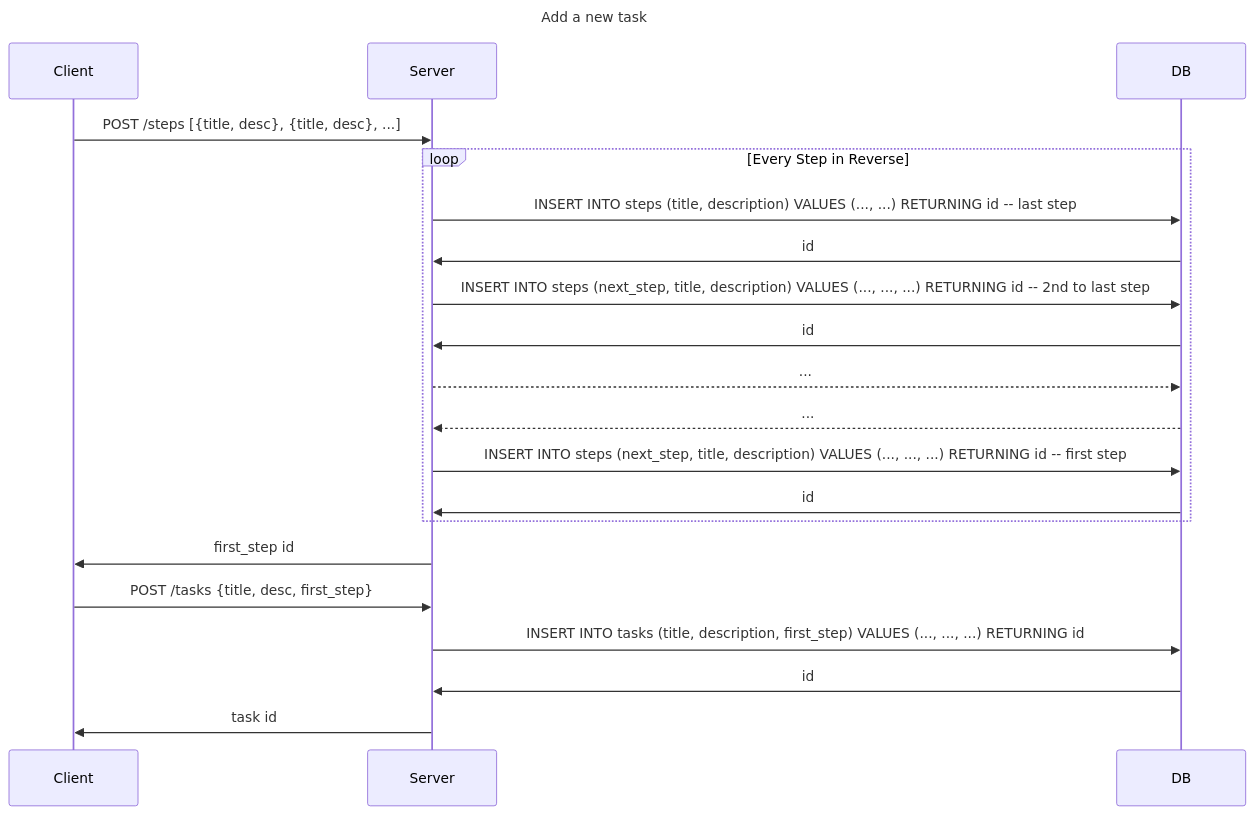
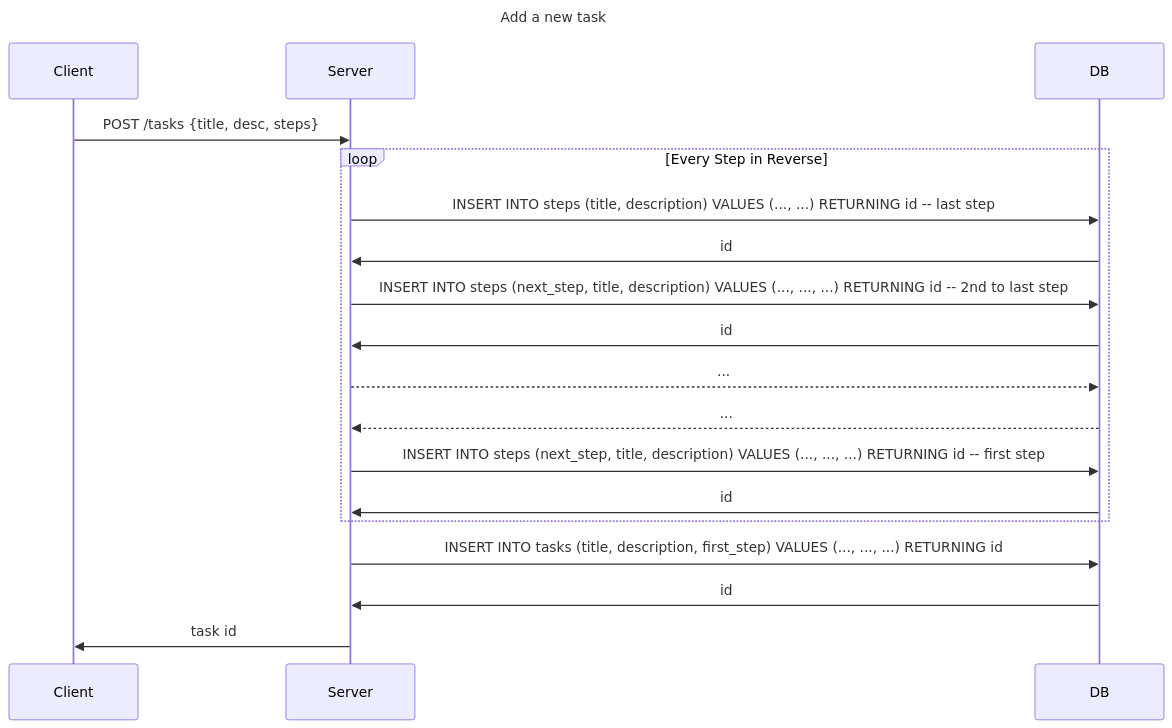
The fourth of 5 diagrams in README.md (athanclark/client-server-express), drawn with Mermaid before and after one commit. The commit also changed other lines of this file and 3 other files, not shown here.

````diff
--- a/README.md
+++ b/README.md
@@ -120,22 +120,20 @@
 ```mermaid
 ---
 title: Add a new task
 ---
 sequenceDiagram
-    Client->>Server: POST /steps [{title, desc}, {title, desc}, ...]
+    Client->>Server: POST /tasks {title, desc, steps}
     loop Every Step in Reverse
       Server->>DB: INSERT INTO steps (title, description) VALUES (..., ...) RETURNING id -- last step
       DB->>Server: id
       Server->>DB: INSERT INTO steps (next_step, title, description) VALUES (..., ..., ...) RETURNING id -- 2nd to last step
       DB->>Server: id
       Server-->>DB: ...
       DB-->>Server: ...
       Server->>DB: INSERT INTO steps (next_step, title, description) VALUES (..., ..., ...) RETURNING id -- first step
       DB->>Server: id
     end
-    Server->>Client: first_step id
-    Client->>Server: POST /tasks {title, desc, first_step}
     Server->>DB: INSERT INTO tasks (title, description, first_step) VALUES (..., ..., ...) RETURNING id
     DB->>Server: id
     Server->>Client: task id
 ```
````
